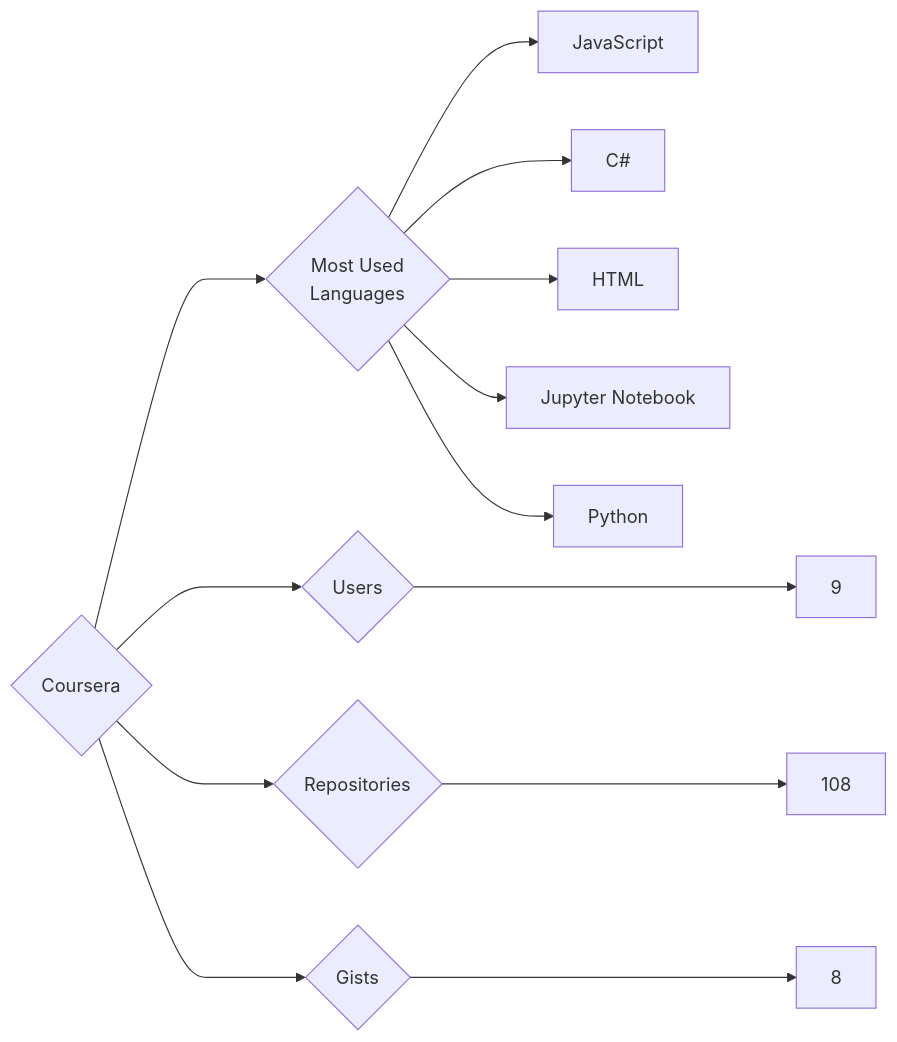
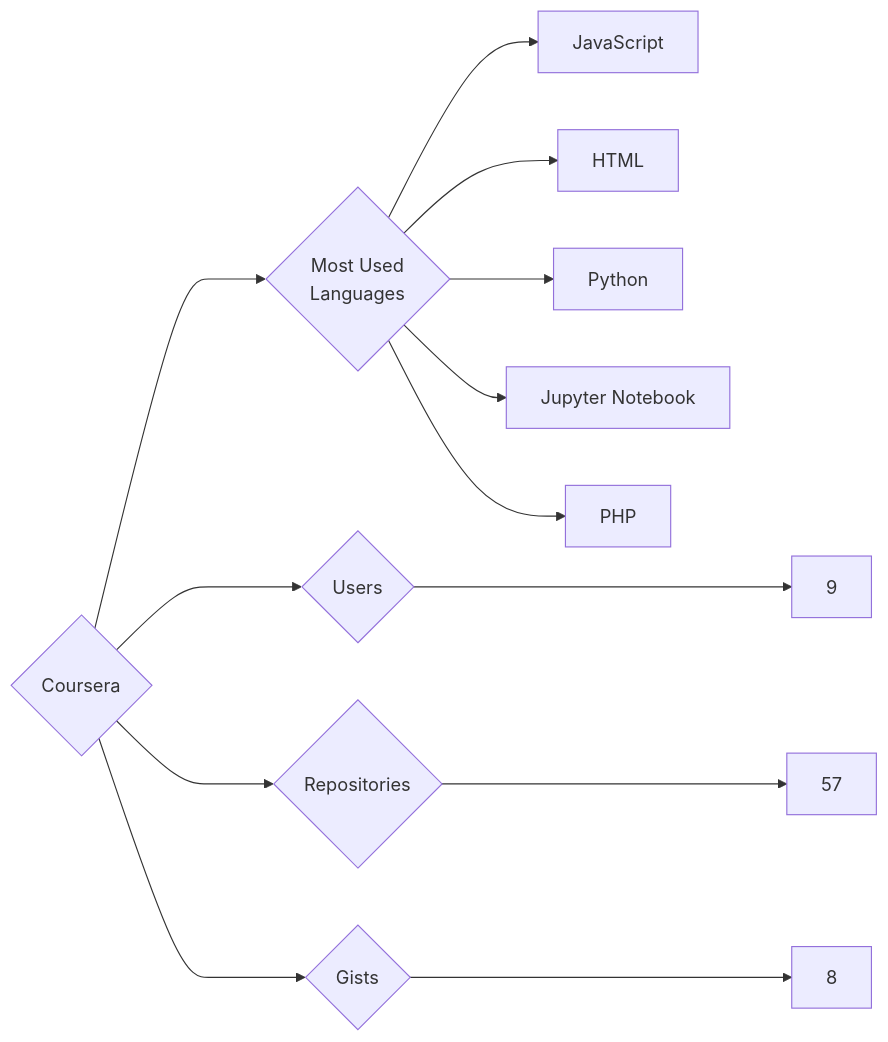
The diagram in targets/Coursera/README.md (trickest/insiders), drawn with Mermaid before and after one commit. The commit also changed 1123 other files, not shown here.

````diff
--- a/targets/Coursera/README.md
+++ b/targets/Coursera/README.md
@@ -3,13 +3,13 @@
 ```mermaid
 graph LR
 COMPANY_NAME{Coursera}
 COMPANY_NAME ---> U{Users} ---> UN[9]
-COMPANY_NAME ---> R{Repositories} ---> RN[108]
+COMPANY_NAME ---> R{Repositories} ---> RN[57]
 COMPANY_NAME ---> G{Gists} ---> GN[8]
 COMPANY_NAME ---> ML{Most Used<br>Languages}
 ML --> JavaScript[JavaScript]
-ML --> C#[C#]
 ML --> HTML[HTML]
+ML --> Python[Python]
 ML --> Jupyter_Notebook[Jupyter Notebook]
-ML --> Python[Python]
+ML --> PHP[PHP]
 ```
````
